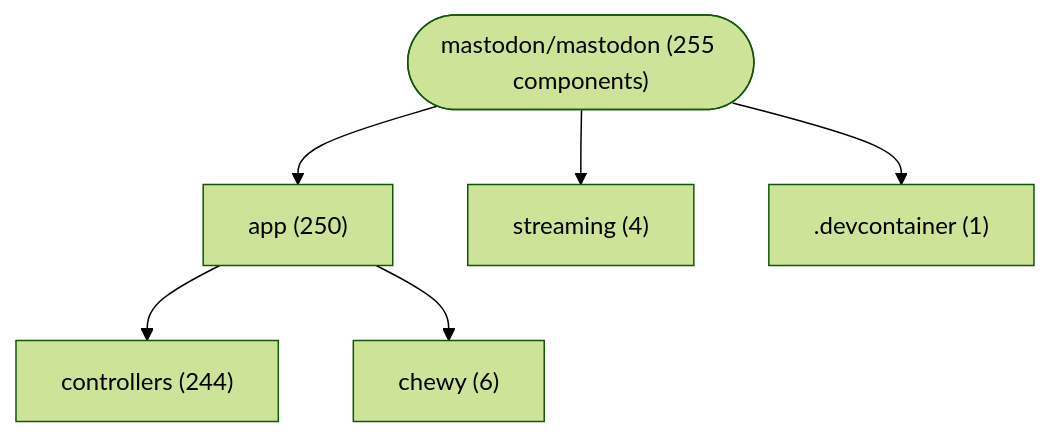
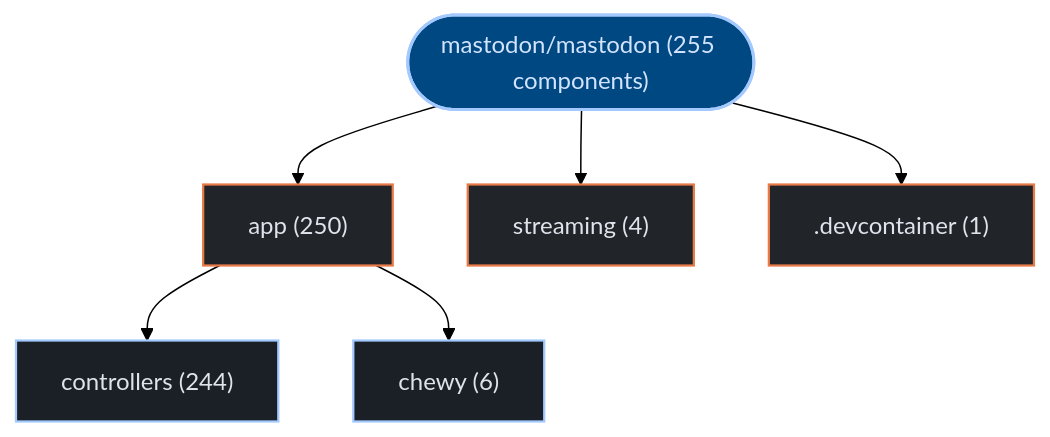
The first of 3 diagrams in exports/latest/reports/mastodon-mastodon-report.md (kumarshaz/atruss-code-atlas), drawn with Mermaid (forest theme) before and after one commit. The commit also changed other lines of this file and 331 other files, not shown here.

Commit message:
docs,ui,fix: update SDLC docs, reorder CI/CD DAG first, stylize Mermaid, and fix Arc42 pipeline topology

````diff
--- a/exports/latest/reports/mastodon-mastodon-report.md
+++ b/exports/latest/reports/mastodon-mastodon-report.md
@@ -42,14 +42,21 @@
 ```mermaid
 graph TD;
-    repo_root(["mastodon/mastodon (255 components)"])
-    dir_0_app["app (250)"]
+  classDef atlasRoot fill:#004882,stroke:#a3c9ff,stroke-width:2px,color:#d3e4ff
+  classDef atlasCategory fill:#212428,stroke:#E87A48,stroke-width:1.5px,color:#dfe3eb
+  classDef atlasWorkflow fill:#1b2026,stroke:#a3c9ff,stroke-width:1.5px,color:#dfe3eb
+  classDef atlasJob fill:#171c22,stroke:#8d9199,stroke-width:1px,color:#dfe3eb
+  classDef atlasTarget fill:#005227,stroke:#8bd99b,stroke-width:1.5px,color:#a7f6b6
+  classDef atlasAlert fill:#93000a,stroke:#ffb4ab,stroke-width:1.5px,color:#ffdad6
+  classDef atlasMore fill:#252a31,stroke:#8d9199,stroke-dasharray:4 4,color:#c3c6cf
+    repo_root(["mastodon/mastodon (255 components)"]):::atlasRoot
+    dir_0_app["app (250)"]:::atlasCategory
     repo_root --> dir_0_app
-    sub_0_0_controllers["controllers (244)"]
+    sub_0_0_controllers["controllers (244)"]:::atlasWorkflow
     dir_0_app --> sub_0_0_controllers
-    sub_0_1_chewy["chewy (6)"]
+    sub_0_1_chewy["chewy (6)"]:::atlasWorkflow
     dir_0_app --> sub_0_1_chewy
-    dir_1_streaming["streaming (4)"]
+    dir_1_streaming["streaming (4)"]:::atlasCategory
     repo_root --> dir_1_streaming
-    dir_2__devcontainer[".devcontainer (1)"]
+    dir_2__devcontainer[".devcontainer (1)"]:::atlasCategory
     repo_root --> dir_2__devcontainer
 ```
````
